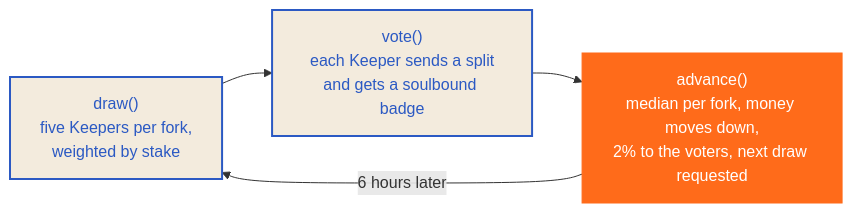
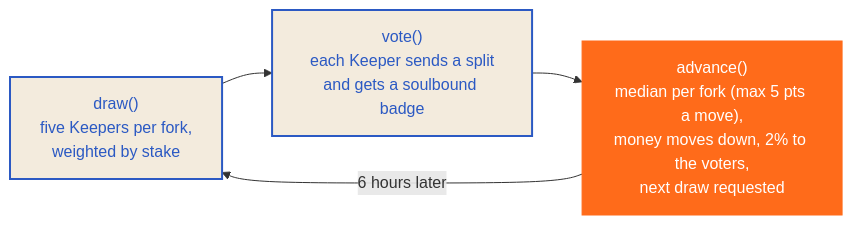
One commit to GraphFunding/graph-funding changed the diagram in README.md. Above: the diagram before and after it, drawn with Mermaid. The commit also changed other lines of this file and 23 other files, not shown here.

Commit message:
Hardening before deploy: 5-point weight cap per epoch, freeze valve fix, two-step exit (leave), draw guards, keeper does the full cycle

````diff
--- a/README.md
+++ b/README.md
@@ -54,11 +55,11 @@
 ```mermaid
 flowchart LR
     D["draw()<br/>five Keepers per fork,<br/>weighted by stake"] --> V["vote()<br/>each Keeper sends a split<br/>and gets a soulbound badge"]
-    V --> A["advance()<br/>median per fork, money moves down,<br/>2% to the voters, next draw requested"]
+    V --> A["advance()<br/>median per fork (max 5 pts a move),<br/>money moves down, 2% to the voters,<br/>next draw requested"]
     A -- "6 hours later" --> D
 
     classDef step fill:#f3ebdd,stroke:#2b59c3,stroke-width:2px,color:#2b59c3
     classDef hot fill:#ff6b1a,stroke:#ff6b1a,color:#ffffff
     class D,V step
     class A hot
 ```
````
